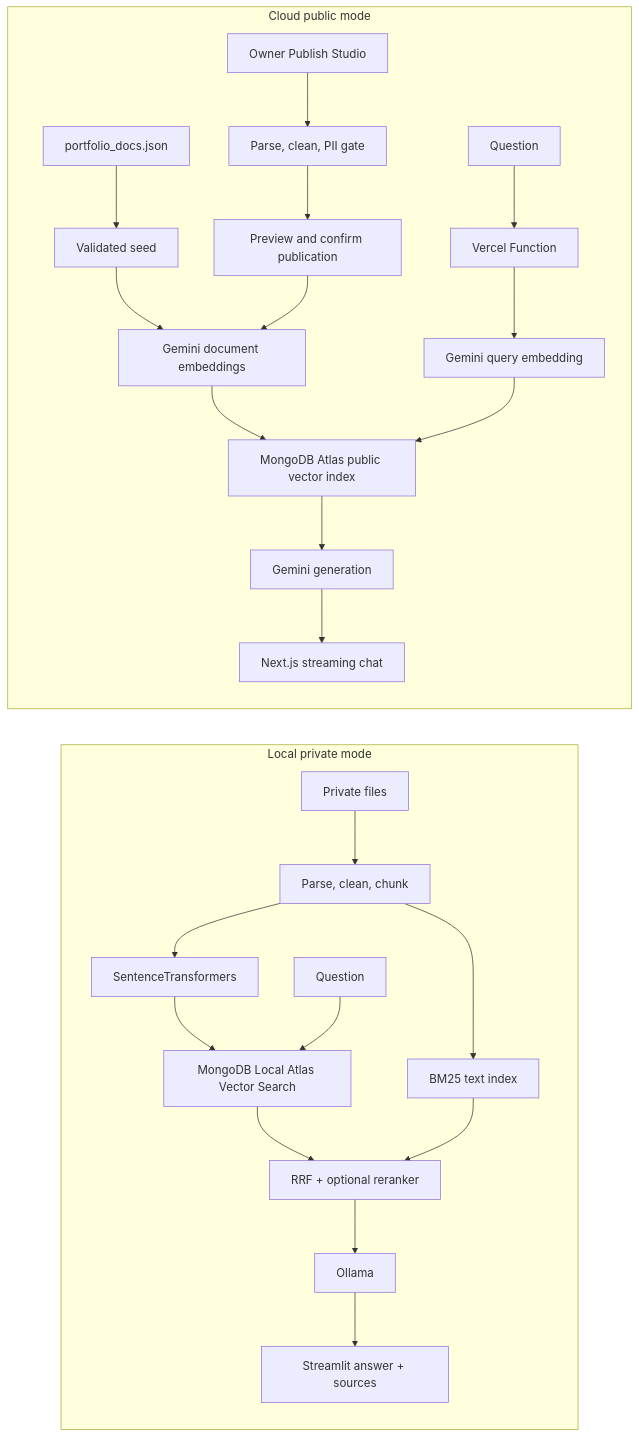
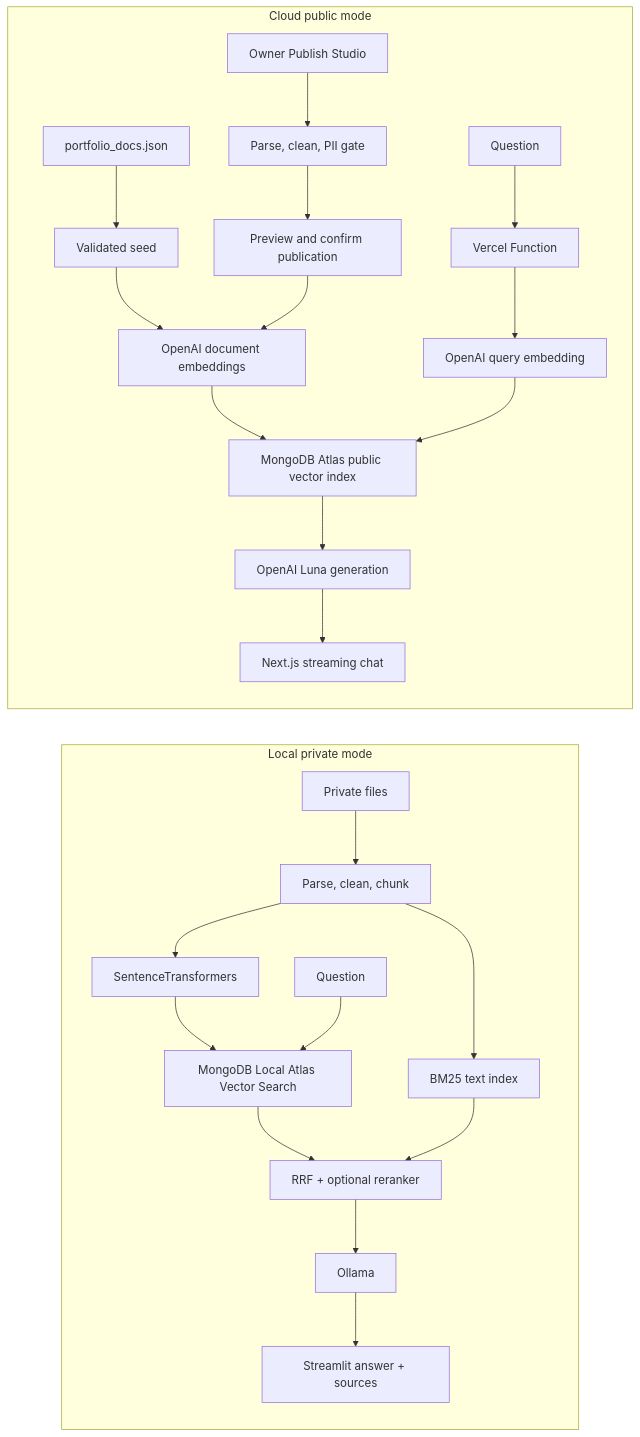
Before and after one commit to 666junyichen/local-rag-portfolio-assistant: the diagram in README.md, drawn with Mermaid. The commit also changed other lines of this file and 26 other files, not shown here.

````diff
--- a/README.md
+++ b/README.md
@@ -26,21 +26,21 @@
 ```mermaid
 flowchart LR
   subgraph Local[Local private mode]
     LP[Private files] --> DP[Parse, clean, chunk]
     DP --> SE[SentenceTransformers]
     DP --> BT[BM25 text index]
     SE --> ML[MongoDB Local Atlas Vector Search]
     QL[Question] --> ML --> RF[RRF + optional reranker]
     BT --> RF --> OL[Ollama] --> SL[Streamlit answer + sources]
   end
   subgraph Cloud[Cloud public mode]
     PJ[portfolio_docs.json] --> GS[Validated seed]
     OW[Owner Publish Studio] --> PC[Parse, clean, PII gate]
     PC --> PP[Preview and confirm publication]
-    GS --> GE[Gemini document embeddings]
+    GS --> GE[OpenAI document embeddings]
     PP --> GE
     GE --> MA[MongoDB Atlas public vector index]
     QC[Question] --> V[Vercel Function]
-    V --> GQ[Gemini query embedding] --> MA --> GG[Gemini generation] --> NX[Next.js streaming chat]
+    V --> GQ[OpenAI query embedding] --> MA --> GG[OpenAI Luna generation] --> NX[Next.js streaming chat]
   end
 ```
````
